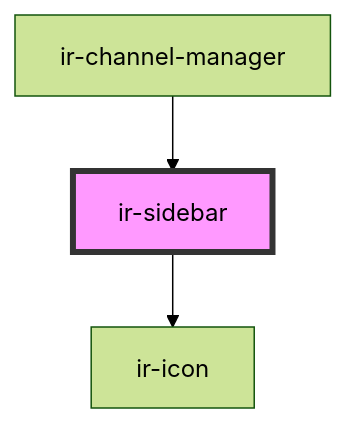
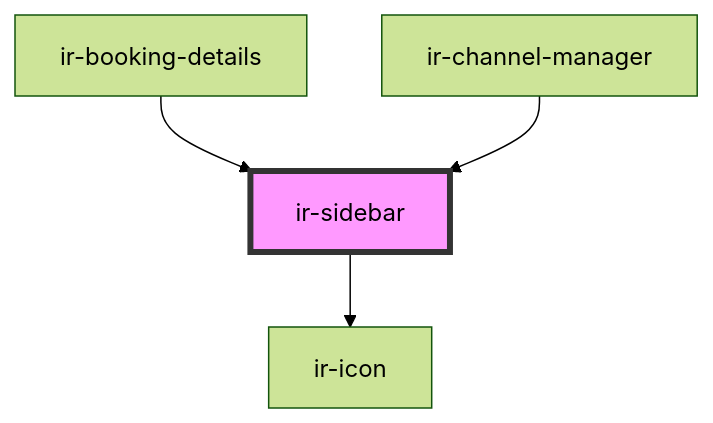
The diagram in src/components/ir-sidebar/readme.md (freddynasr/ir-webcmp), drawn with Mermaid (forest theme) before and after one commit. The commit also changed other lines of this file and 9 other files, not shown here.

Commit message:
first booking details commit

````diff
--- a/src/components/ir-sidebar/readme.md
+++ b/src/components/ir-sidebar/readme.md
@@ -48,6 +49,7 @@
 ```mermaid
 graph TD;
   ir-sidebar --> ir-icon
+  ir-booking-details --> ir-sidebar
   ir-channel-manager --> ir-sidebar
   style ir-sidebar fill:#f9f,stroke:#333,stroke-width:4px
 ```
````
